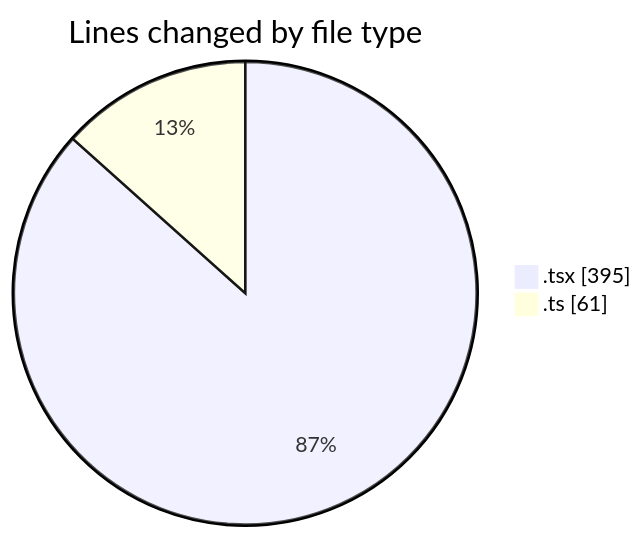
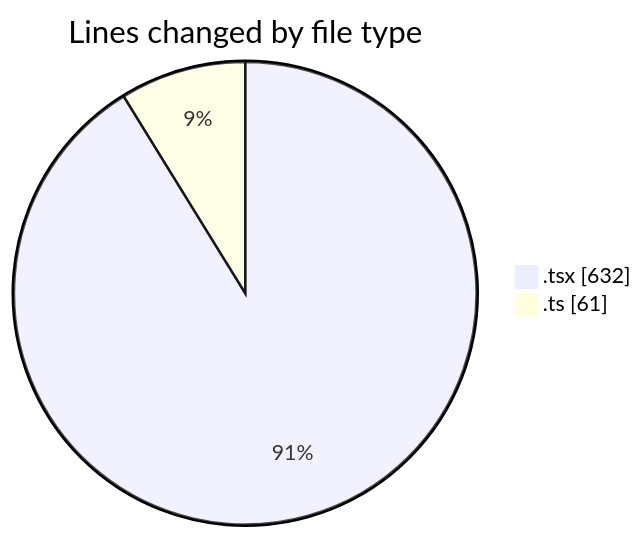
One commit to IJAZ3593/code-tracking changed the first of 2 diagrams in 2026-01-18/e_mail/README.md. Above: the diagram before and after it, drawn with Mermaid. The commit also changed other lines of this file and 1 other file, not shown here.

````diff
--- a/2026-01-18/e_mail/README.md
+++ b/2026-01-18/e_mail/README.md
@@ -23,6 +23,6 @@
 ```mermaid
 pie showData
 title Lines changed by file type
-".tsx" : 395
+".tsx" : 632
 ".ts" : 61
 ```
````
